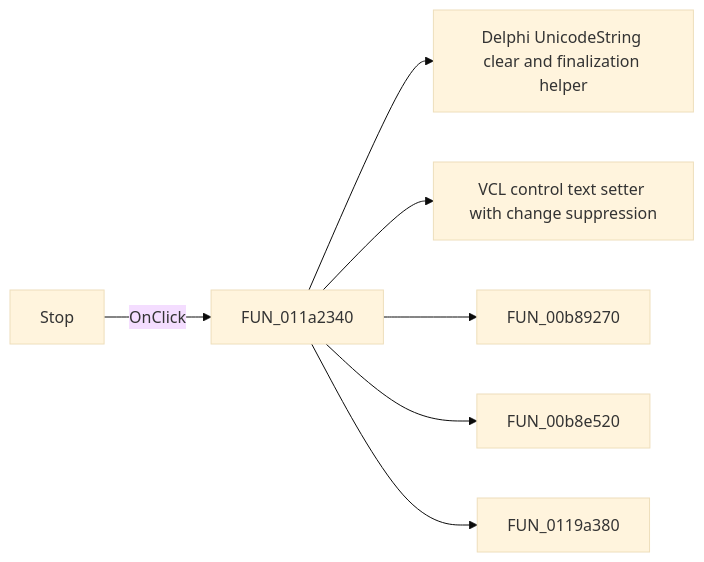
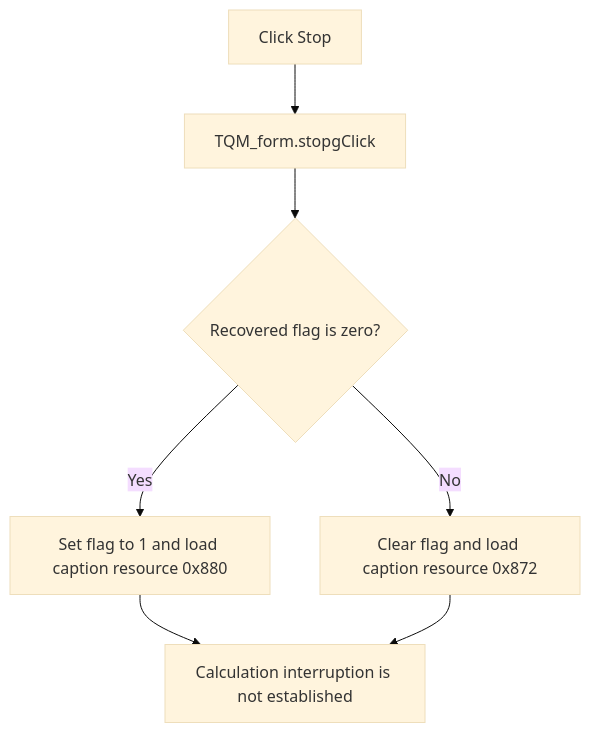
The diagram in docs/ui-controls/qm-form/stopg-a958129c6d.md (MovGP0/TIARA), drawn with Mermaid (base theme) before and after one commit. The commit also changed other lines of this file and 1062 other files, not shown here.

````diff
--- a/docs/ui-controls/qm-form/stopg-a958129c6d.md
+++ b/docs/ui-controls/qm-form/stopg-a958129c6d.md
@@ -27,9 +29,9 @@
 ```mermaid
-flowchart LR
-    control["Stop"] -->|OnClick| handler["FUN_011a2340"]
-    handler --> call1["Delphi UnicodeString clear and finalization helper"]
-    handler --> call2["VCL control text setter with change suppression"]
-    handler --> call3["FUN_00b89270"]
-    handler --> call4["FUN_00b8e520"]
-    handler --> call5["FUN_0119a380"]
+flowchart TD
+    control["Click Stop"] --> handler["TQM_form.stopgClick"]
+    handler --> state{"Recovered flag is zero?"}
+    state -->|Yes| set["Set flag to 1 and load caption resource 0x880"]
+    state -->|No| clear["Clear flag and load caption resource 0x872"]
+    set --> gap["Calculation interruption is not established"]
+    clear --> gap
 ```
````
